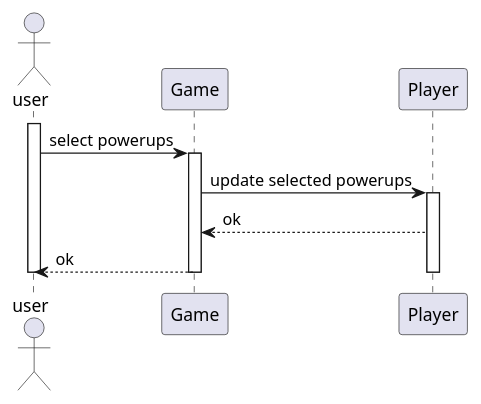
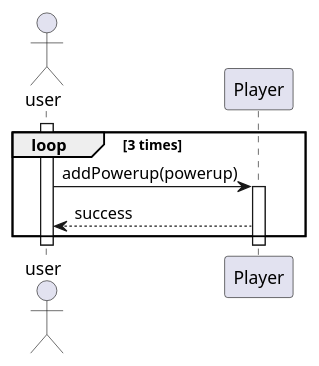
One commit to PolyPong/PolyPong changed the diagram in doc/sequencediagrams/fr11.puml. Above: the diagram before and after it, drawn with PlantUML.

Commit message:
oops forgot to commit this one

```diff
--- a/doc/sequencediagrams/fr11.puml
+++ b/doc/sequencediagrams/fr11.puml
@@ -1,21 +1,27 @@
 @startuml
 actor user
 
 ' TODO: check this one again'
 ' 
-participant Game as G
-participant Player as U
+'participant Game as G
+participant Player as P
 
 
 activate user
-        user -> G: select powerups
-        activate G
-        G -> U: update selected powerups
-                activate U
-        U --> G: ok
-        G --> user: ok
-        deactivate U
-                deactivate G
-        
+'        user -> G: select powerups
+'        activate G
+'        G -> U: update selected powerups
+'                activate U
+'        U --> G: ok
+'        G --> user: ok
+'        deactivate U
+'                deactivate G
+
+loop 3 times
+user -> P: addPowerup(powerup)
+activate P
+P --> user: success
+end
+deactivate P
 deactivate user
 @enduml
```
